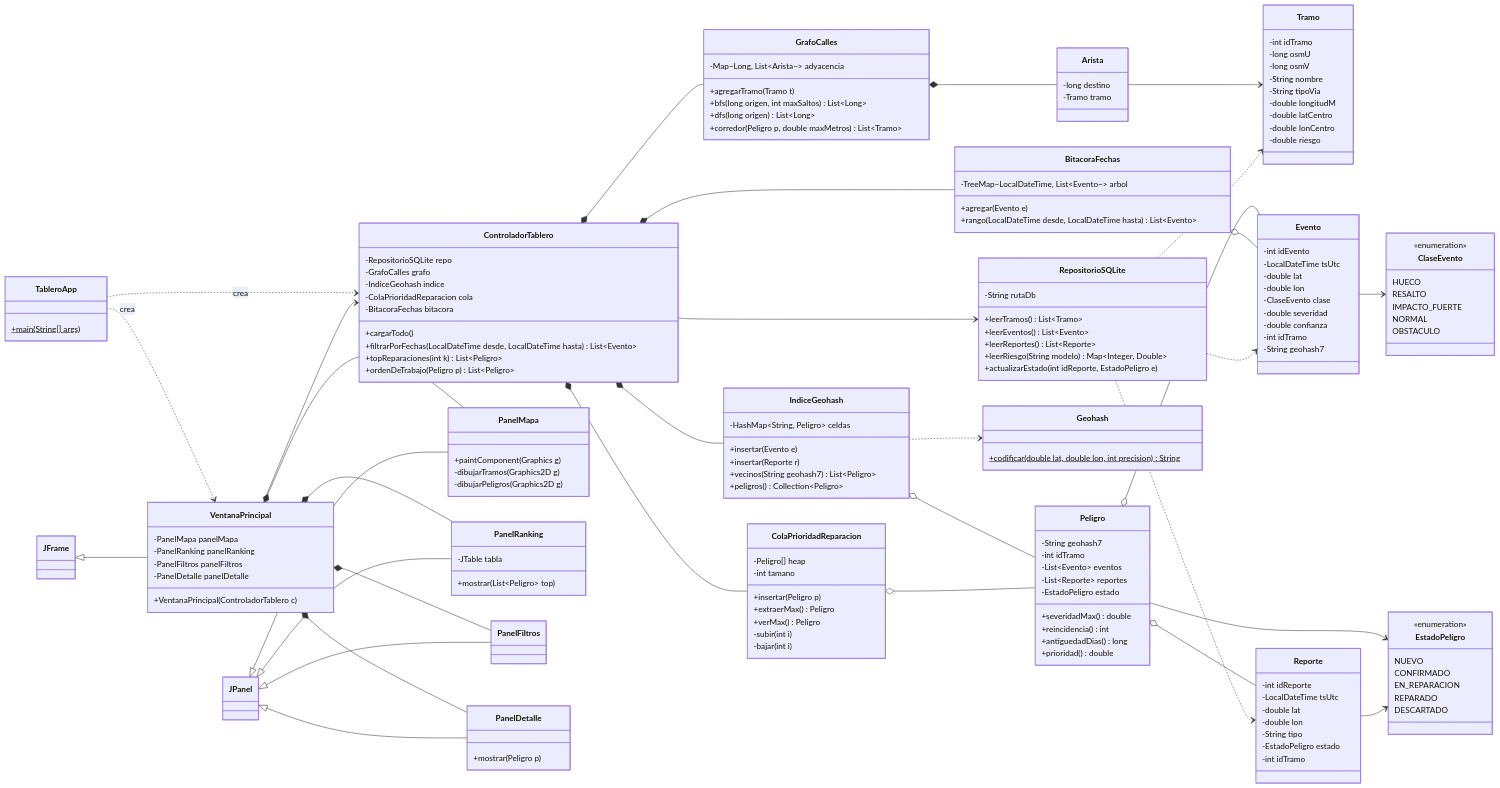
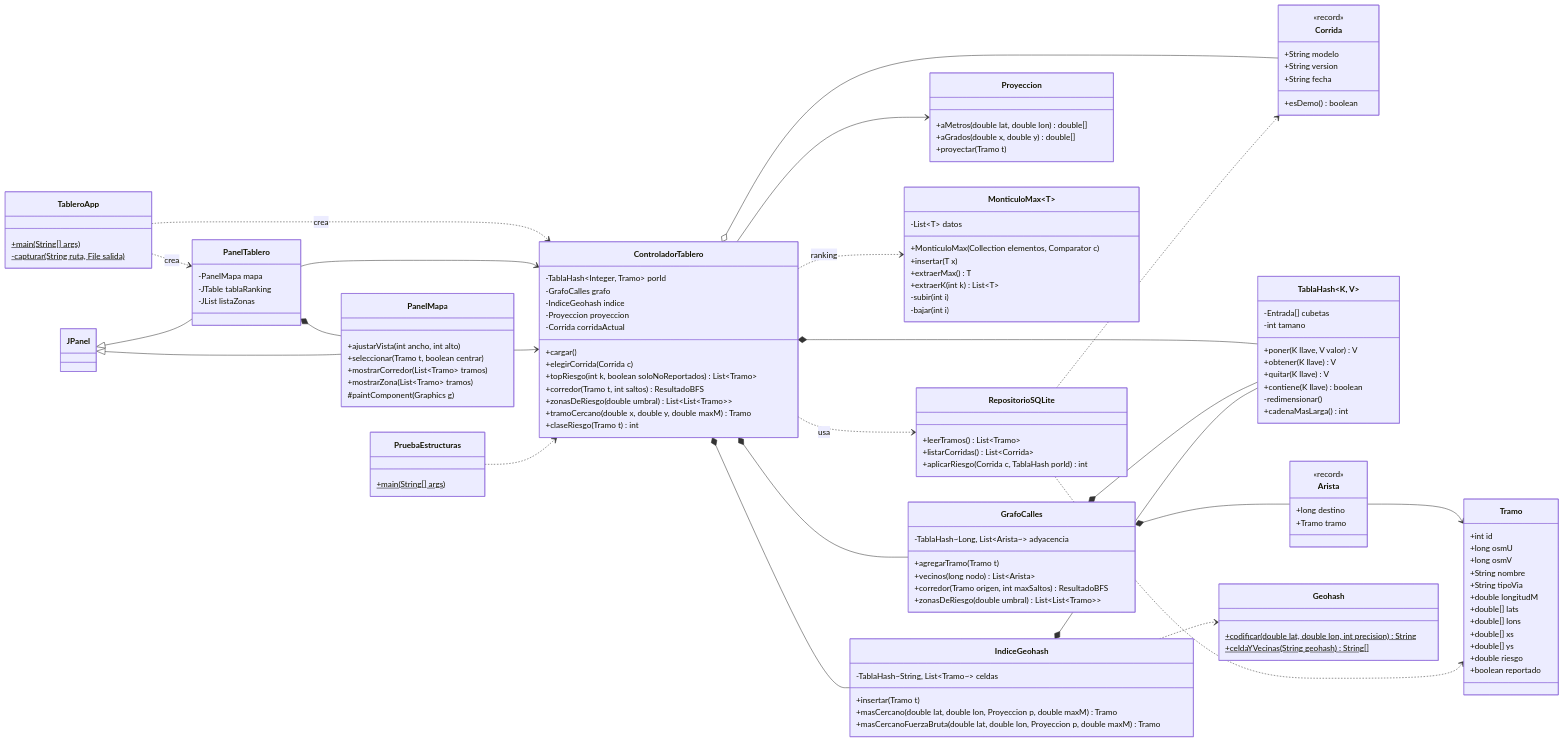
The diagram in docs/diagramas/04_clases_tablero_java.md (via-viva-usta/via-viva), drawn with Mermaid before and after one commit. The commit also changed other lines of this file and 24 other files, not shown here.

First line of the commit message:
feat(tablero): tablero NetBeans con mapa de riesgo, tabla hash, heap y BFS

````diff
--- a/docs/diagramas/04_clases_tablero_java.md
+++ b/docs/diagramas/04_clases_tablero_java.md
@@ -10,173 +11,132 @@
 
     class TableroApp {
         +main(String[] args)$
-    }
-    class VentanaPrincipal {
-        -PanelMapa panelMapa
-        -PanelRanking panelRanking
-        -PanelFiltros panelFiltros
-        -PanelDetalle panelDetalle
-        +VentanaPrincipal(ControladorTablero c)
+        -capturar(String ruta, File salida)$
     }
     class ControladorTablero {
-        -RepositorioSQLite repo
+        -TablaHash~Integer, Tramo~ porId
         -GrafoCalles grafo
         -IndiceGeohash indice
-        -ColaPrioridadReparacion cola
-        -BitacoraFechas bitacora
-        +cargarTodo()
-        +filtrarPorFechas(LocalDateTime desde, LocalDateTime hasta) List~Evento~
-        +topReparaciones(int k) List~Peligro~
-        +ordenDeTrabajo(Peligro p) List~Peligro~
+        -Proyeccion proyeccion
+        -Corrida corridaActual
+        +cargar()
+        +elegirCorrida(Corrida c)
+        +topRiesgo(int k, boolean soloNoReportados) List~Tramo~
+        +corredor(Tramo t, int saltos) ResultadoBFS
+        +zonasDeRiesgo(double umbral) List~List~Tramo~~
+        +tramoCercano(double x, double y, double maxM) Tramo
+        +claseRiesgo(Tramo t) int
+    }
+    class RepositorioSQLite {
+        +leerTramos() List~Tramo~
+        +listarCorridas() List~Corrida~
+        +aplicarRiesgo(Corrida c, TablaHash porId) int
+    }
+    class Tramo {
+        +int id
+        +long osmU
+        +long osmV
+        +String nombre
+        +String tipoVia
+        +double longitudM
+        +double[] lats
+        +double[] lons
+        +double[] xs
+        +double[] ys
+        +double riesgo
+        +boolean reportado
+    }
+    class Corrida {
+        <<record>>
+        +String modelo
+        +String version
+        +String fecha
+        +esDemo() boolean
+    }
+    class Proyeccion {
+        +aMetros(double lat, double lon) double[]
+        +aGrados(double x, double y) double[]
+        +proyectar(Tramo t)
     }
 
-    class RepositorioSQLite {
-        -String rutaDb
-        +leerTramos() List~Tramo~
-        +leerEventos() List~Evento~
-        +leerReportes() List~Reporte~
-        +leerRiesgo(String modelo) Map~Integer, Double~
-        +actualizarEstado(int idReporte, EstadoPeligro e)
+    class TablaHash~K, V~ {
+        -Entrada[] cubetas
+        -int tamano
+        +poner(K llave, V valor) V
+        +obtener(K llave) V
+        +quitar(K llave) V
+        +contiene(K llave) boolean
+        -redimensionar()
+        +cadenaMasLarga() int
     }
-
-    class Tramo {
-        -int idTramo
-        -long osmU
-        -long osmV
-        -String nombre
-        -String tipoVia
-        -double longitudM
-        -double latCentro
-        -double lonCentro
-        -double riesgo
+    class MonticuloMax~T~ {
+        -List~T~ datos
+        +MonticuloMax(Collection elementos, Comparator c)
+        +insertar(T x)
+        +extraerMax() T
+        +extraerK(int k) List~T~
+        -subir(int i)
+        -bajar(int i)
     }
-    class Evento {
-        -int idEvento
-        -LocalDateTime tsUtc
-        -double lat
-        -double lon
-        -ClaseEvento clase
-        -double severidad
-        -double confianza
-        -int idTramo
-        -String geohash7
-    }
-    class Reporte {
-        -int idReporte
-        -LocalDateTime tsUtc
-        -double lat
-        -double lon
-        -String tipo
-        -EstadoPeligro estado
-        -int idTramo
-    }
-    class Peligro {
-        -String geohash7
-        -int idTramo
-        -List~Evento~ eventos
-        -List~Reporte~ reportes
-        -EstadoPeligro estado
-        +severidadMax() double
-        +reincidencia() int
-        +antiguedadDias() long
-        +prioridad() double
-    }
-    class ClaseEvento {
-        <<enumeration>>
-        HUECO
-        RESALTO
-        IMPACTO_FUERTE
-        NORMAL
-        OBSTACULO
-    }
-    class EstadoPeligro {
-        <<enumeration>>
-        NUEVO
-        CONFIRMADO
-        EN_REPARACION
-        REPARADO
-        DESCARTADO
-    }
-
     class GrafoCalles {
-        -Map~Long, List~Arista~~ adyacencia
+        -TablaHash~Long, List~Arista~~ adyacencia
         +agregarTramo(Tramo t)
-        +bfs(long origen, int maxSaltos) List~Long~
-        +dfs(long origen) List~Long~
-        +corredor(Peligro p, double maxMetros) List~Tramo~
+        +vecinos(long nodo) List~Arista~
+        +corredor(Tramo origen, int maxSaltos) ResultadoBFS
+        +zonasDeRiesgo(double umbral) List~List~Tramo~~
     }
     class Arista {
-        -long destino
-        -Tramo tramo
+        <<record>>
+        +long destino
+        +Tramo tramo
     }
     class IndiceGeohash {
-        -HashMap~String, Peligro~ celdas
-        +insertar(Evento e)
-        +insertar(Reporte r)
-        +vecinos(String geohash7) List~Peligro~
-        +peligros() Collection~Peligro~
+        -TablaHash~String, List~Tramo~~ celdas
+        +insertar(Tramo t)
+        +masCercano(double lat, double lon, Proyeccion p, double maxM) Tramo
+        +masCercanoFuerzaBruta(double lat, double lon, Proyeccion p, double maxM) Tramo
     }
     class Geohash {
         +codificar(double lat, double lon, int precision)$ String
-    }
-    class ColaPrioridadReparacion {
-        -Peligro[] heap
-        -int tamano
-        +insertar(Peligro p)
-        +extraerMax() Peligro
-        +verMax() Peligro
-        -subir(int i)
-        -bajar(int i)
-    }
-    class BitacoraFechas {
-        -TreeMap~LocalDateTime, List~Evento~~ arbol
-        +agregar(Evento e)
-        +rango(LocalDateTime desde, LocalDateTime hasta) List~Evento~
+        +celdaYVecinas(String geohash)$ String[]
     }
 
+    class PanelTablero {
+        -PanelMapa mapa
+        -JTable tablaRanking
+        -JList listaZonas
+    }
     class PanelMapa {
-        +paintComponent(Graphics g)
-        -dibujarTramos(Graphics2D g)
-        -dibujarPeligros(Graphics2D g)
+        +ajustarVista(int ancho, int alto)
+        +seleccionar(Tramo t, boolean centrar)
+        +mostrarCorredor(List~Tramo~ tramos)
+        +mostrarZona(List~Tramo~ tramos)
+        #paintComponent(Graphics g)
     }
-    class PanelRanking {
-        -JTable tabla
-        +mostrar(List~Peligro~ top)
-    }
-    class PanelFiltros
-    class PanelDetalle {
-        +mostrar(Peligro p)
+    class PruebaEstructuras {
+        +main(String[] args)$
     }
 
-    TableroApp ..> VentanaPrincipal : crea
     TableroApp ..> ControladorTablero : crea
-    VentanaPrincipal --> ControladorTablero
-    VentanaPrincipal *-- PanelMapa
-    VentanaPrincipal *-- PanelRanking
-    VentanaPrincipal *-- PanelFiltros
-    VentanaPrincipal *-- PanelDetalle
-    ControladorTablero --> RepositorioSQLite
+    TableroApp ..> PanelTablero : crea
+    PanelTablero *-- PanelMapa
+    PanelTablero --> ControladorTablero
+    PanelMapa --> ControladorTablero
+    ControladorTablero ..> RepositorioSQLite : usa
     ControladorTablero *-- GrafoCalles
     ControladorTablero *-- IndiceGeohash
-    ControladorTablero *-- ColaPrioridadReparacion
-    ControladorTablero *-- BitacoraFechas
+    ControladorTablero *-- TablaHash
+    ControladorTablero ..> MonticuloMax : ranking
+    ControladorTablero --> Proyeccion
+    ControladorTablero o-- Corrida
+    GrafoCalles *-- TablaHash
     GrafoCalles *-- Arista
     Arista --> Tramo
+    IndiceGeohash *-- TablaHash
     IndiceGeohash ..> Geohash
-    IndiceGeohash o-- Peligro
-    Peligro o-- Evento
-    Peligro o-- Reporte
-    Peligro --> EstadoPeligro
-    Evento --> ClaseEvento
-    Reporte --> EstadoPeligro
-    ColaPrioridadReparacion o-- Peligro
-    BitacoraFechas o-- Evento
     RepositorioSQLite ..> Tramo
-    RepositorioSQLite ..> Evento
-    RepositorioSQLite ..> Reporte
+    RepositorioSQLite ..> Corrida
+    PruebaEstructuras ..> ControladorTablero
+    JPanel <|-- PanelTablero
     JPanel <|-- PanelMapa
-    JPanel <|-- PanelRanking
-    JPanel <|-- PanelFiltros
-    JPanel <|-- PanelDetalle
-    JFrame <|-- VentanaPrincipal
 ```
````
